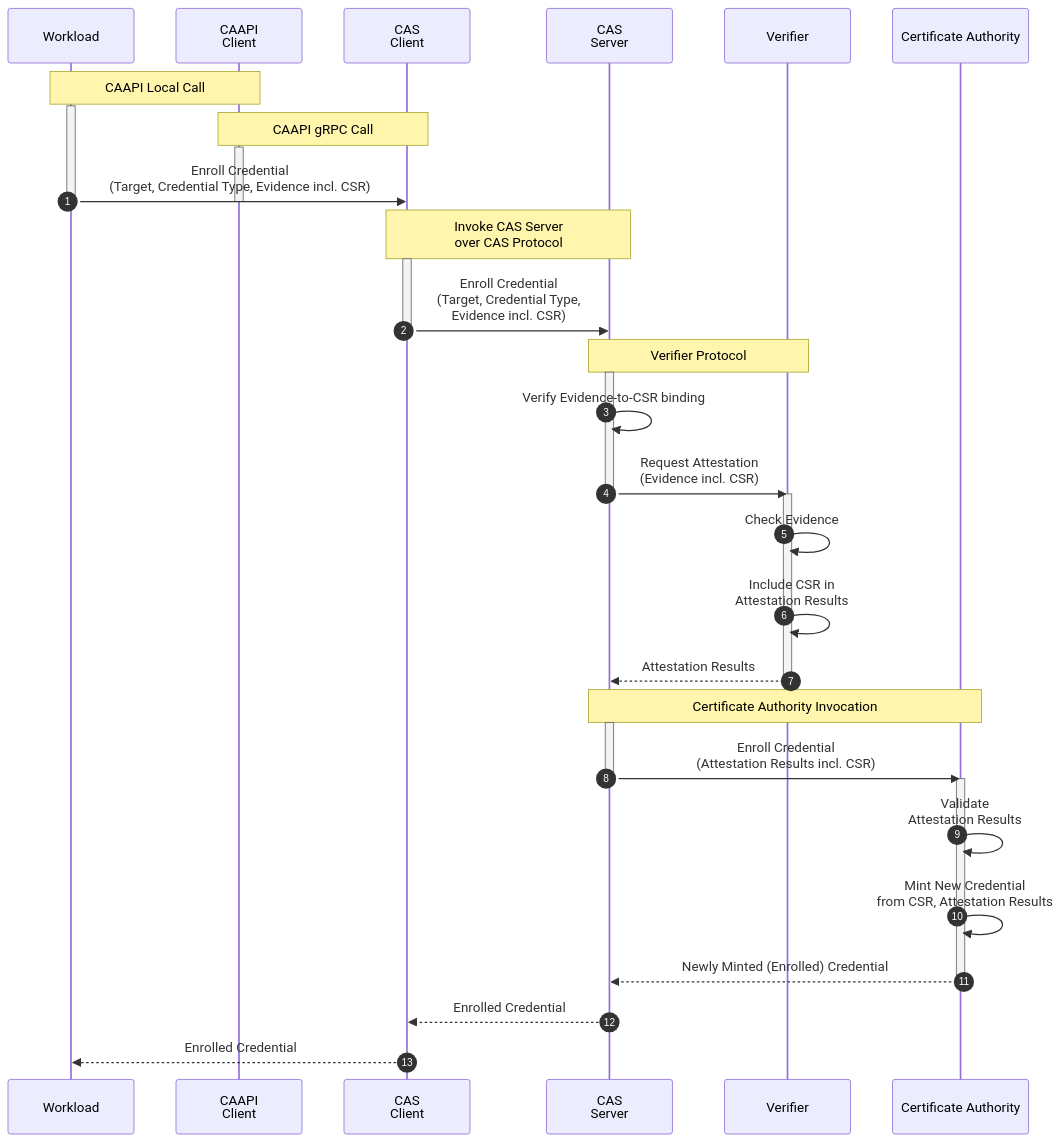
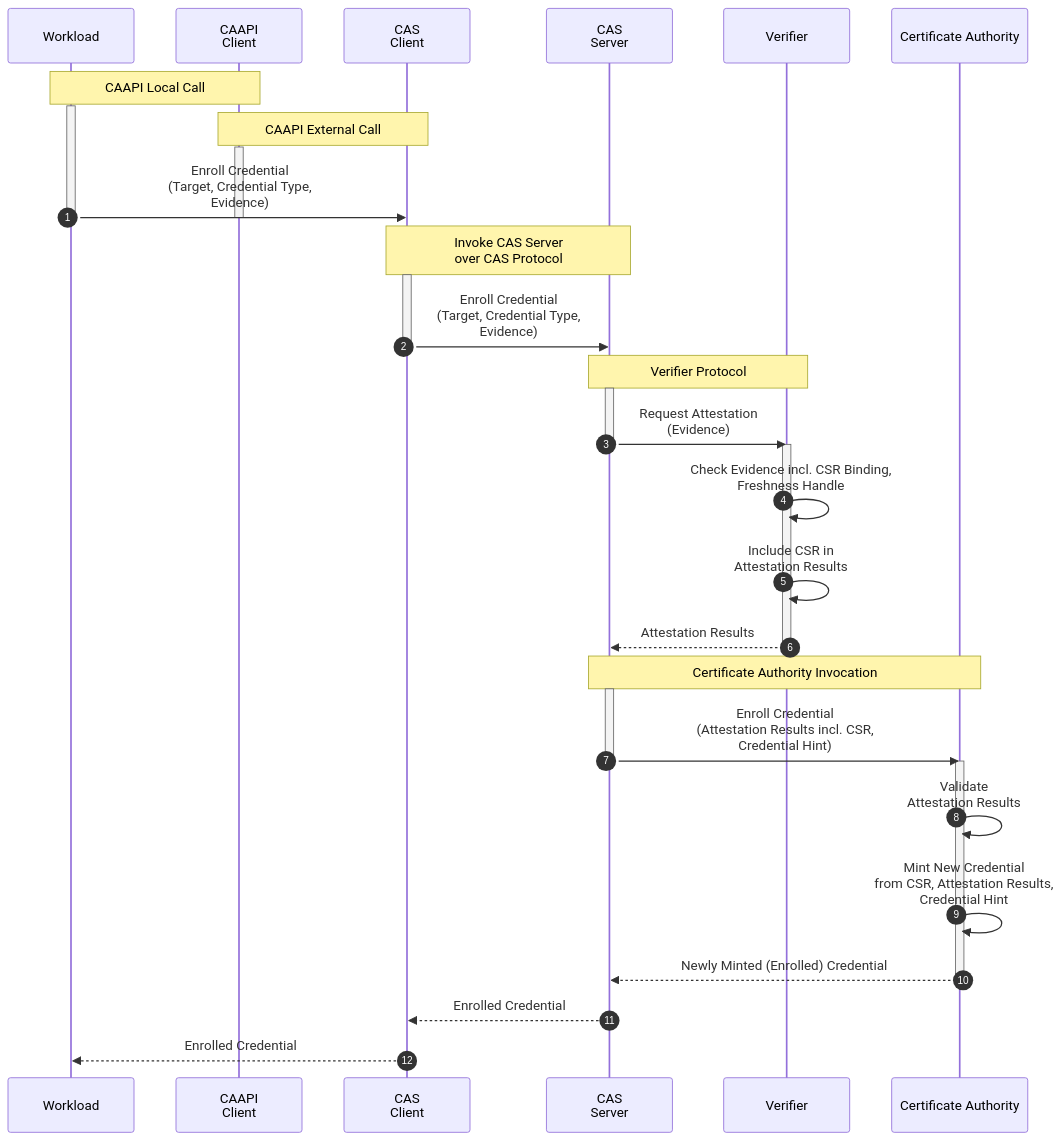
One commit to TWI-Unified-Model/tacra changed the diagram in proto/enroll.mmd. Above: the diagram before and after it, drawn with Mermaid. The commit also changed 13 other files, not shown here.

Commit message:
Added freshness handle and freshness kind

```diff
--- a/proto/enroll.mmd
+++ b/proto/enroll.mmd
@@ -1,43 +1,42 @@
 %% Minting new proof-of-possession credentials
 sequenceDiagram
     participant W as Workload
     participant CAA_C as CAAPI<br/>Client
     participant CAS_C as CAS<br/>Client
     participant CAS_S as CAS<br/>Server
     participant V as Verifier
     participant CA as Certificate Authority
 
     autonumber
 
     note over W, CAA_C: CAAPI Local Call
     activate W
-    note over CAA_C, CAS_C: CAAPI gRPC Call
+    note over CAA_C, CAS_C: CAAPI External Call
     activate CAA_C
-    W->>CAS_C: Enroll Credential<br/>(Target, Credential Type, Evidence incl. CSR)
+    W->>CAS_C: Enroll Credential<br/>(Target, Credential Type,<br/>Evidence)
     deactivate CAA_C
     deactivate W
     note over CAS_C, CAS_S: Invoke CAS Server<br/>over CAS Protocol
     activate CAS_C
-    CAS_C->>CAS_S: Enroll Credential<br/>(Target, Credential Type,<br/>Evidence incl. CSR)
+    CAS_C->>CAS_S: Enroll Credential<br/>(Target, Credential Type,<br/>Evidence)
     deactivate CAS_C
     note over CAS_S, V: Verifier Protocol
     activate CAS_S
-    CAS_S->>CAS_S: Verify Evidence-to-CSR binding
-    CAS_S->>V: Request Attestation<br/>(Evidence incl. CSR)
+    CAS_S->>V: Request Attestation<br/>(Evidence)
     deactivate CAS_S
     activate V
-    V->>V: Check Evidence
+    V->>V: Check Evidence incl. CSR Binding,<br/>Freshness Handle
     V->>V: Include CSR in<br/>Attestation Results
     V-->>CAS_S: Attestation Results
     deactivate V
     note over CAS_S, CA: Certificate Authority Invocation
     activate CAS_S
-    CAS_S->>CA: Enroll Credential<br/>(Attestation Results incl. CSR)
+    CAS_S->>CA: Enroll Credential<br/>(Attestation Results incl. CSR,<br/>Credential Hint)
     deactivate CAS_S
     activate CA
     CA->>CA: Validate<br/>Attestation Results
-    CA->>CA: Mint New Credential<br/>from CSR, Attestation Results
+    CA->>CA: Mint New Credential<br/>from CSR, Attestation Results,<br/>Credential Hint
     CA-->>CAS_S: Newly Minted (Enrolled) Credential
     deactivate CA
     CAS_S-->>CAS_C: Enrolled Credential
     CAS_C-->>W: Enrolled Credential
```
